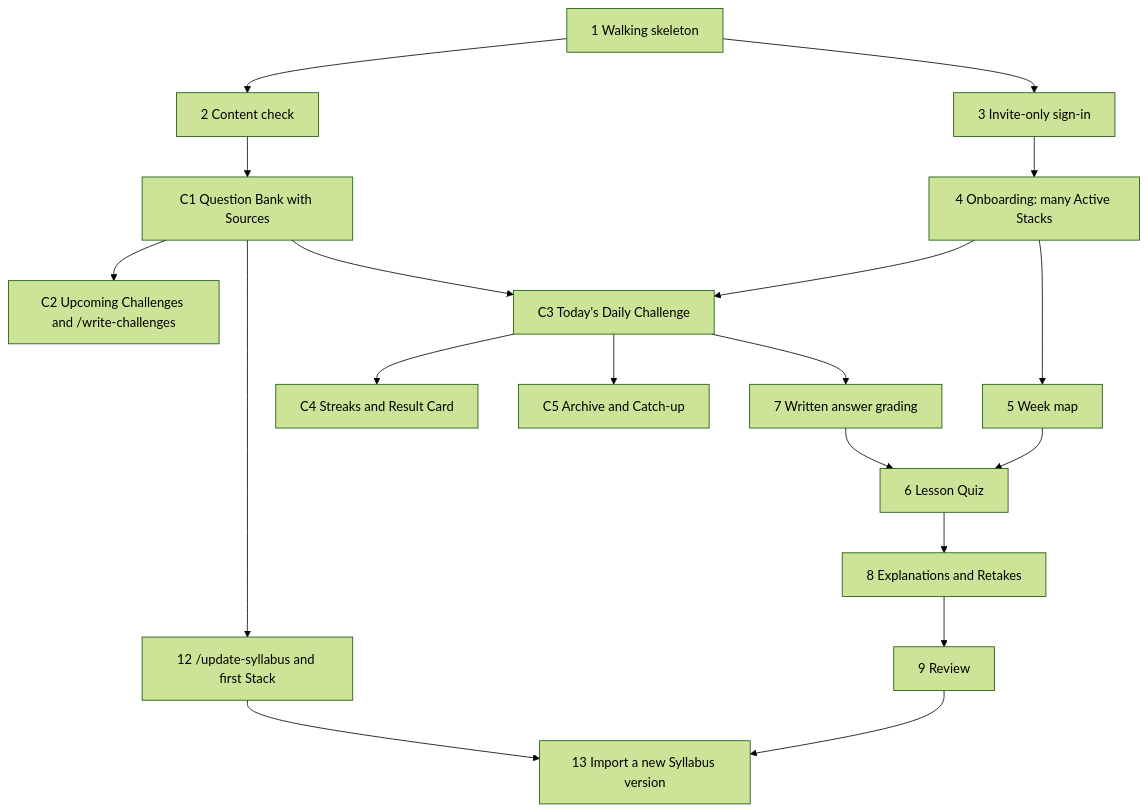
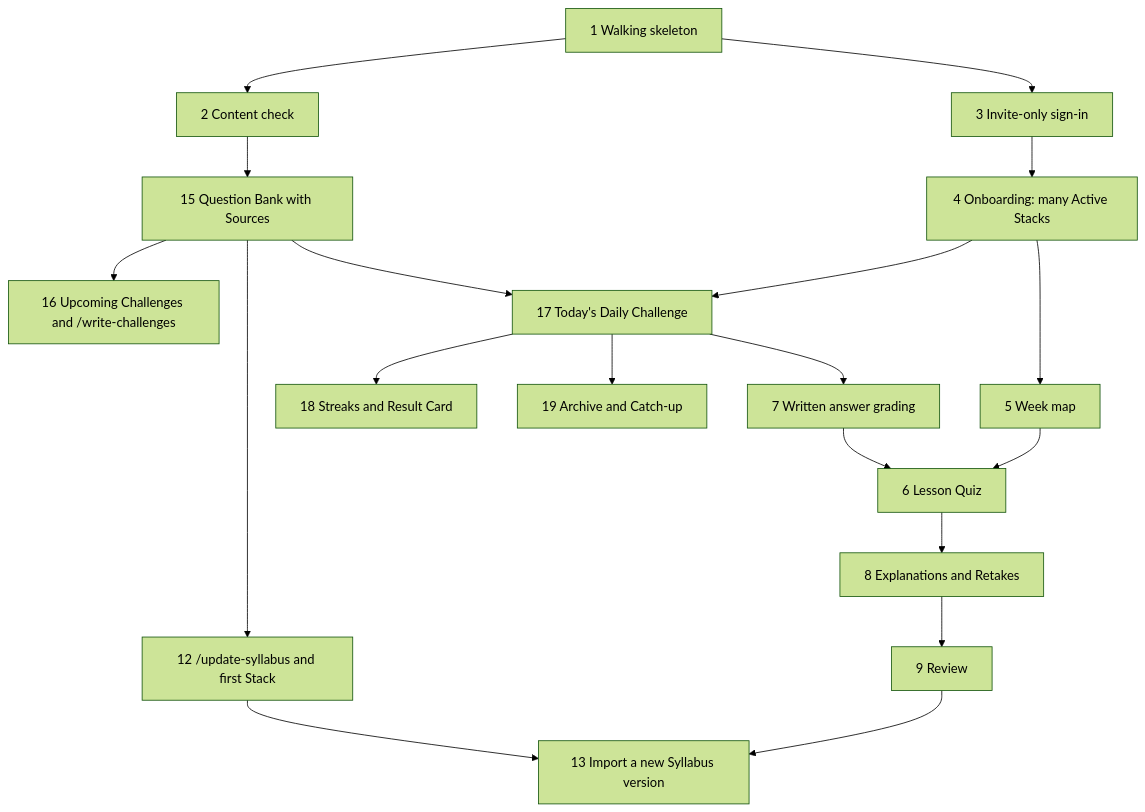
The diagram in docs/implementation-order.md (fahim36/InterviewCrackerAssistant), drawn with Mermaid (forest theme) before and after one commit. The commit also changed other lines of this file, not shown here.

````diff
--- a/docs/implementation-order.md
+++ b/docs/implementation-order.md
@@ -32,21 +32,21 @@
 ```mermaid
 graph TD
   T1[1 Walking skeleton] --> T2[2 Content check]
   T1 --> T3[3 Invite-only sign-in]
-  T2 --> C1[C1 Question Bank with Sources]
-  C1 --> C2[C2 Upcoming Challenges and /write-challenges]
+  T2 --> T15[15 Question Bank with Sources]
+  T15 --> T16[16 Upcoming Challenges and /write-challenges]
   T3 --> T4[4 Onboarding: many Active Stacks]
-  T4 --> C3[C3 Today's Daily Challenge]
-  C1 --> C3
-  C3 --> T7[7 Written answer grading]
-  C3 --> C4[C4 Streaks and Result Card]
-  C3 --> C5[C5 Archive and Catch-up]
+  T4 --> T17[17 Today's Daily Challenge]
+  T15 --> T17
+  T17 --> T7[7 Written answer grading]
+  T17 --> T18[18 Streaks and Result Card]
+  T17 --> T19[19 Archive and Catch-up]
   T4 --> T5[5 Week map]
   T5 --> T6[6 Lesson Quiz]
   T7 --> T6
   T6 --> T8[8 Explanations and Retakes]
   T8 --> T9[9 Review]
-  C1 --> T12[12 /update-syllabus and first Stack]
+  T15 --> T12[12 /update-syllabus and first Stack]
   T9 --> T13[13 Import a new Syllabus version]
   T12 --> T13
 ```
````
